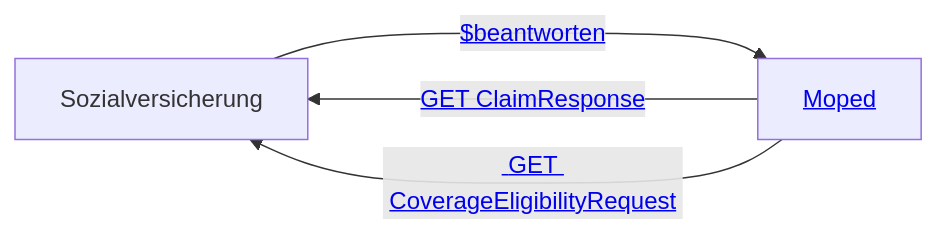
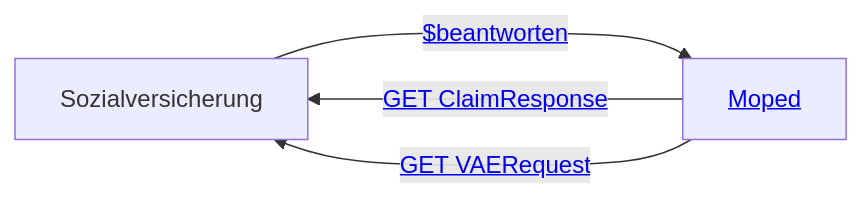
Before and after one commit to HL7Austria/ELGA-MOPED-R5: the third of 5 diagrams in input/pagecontent/actors.md, drawn with Mermaid. The commit also changed other lines of this file and 9 other files, not shown here.

```diff
--- a/input/pagecontent/actors.md
+++ b/input/pagecontent/actors.md
@@ -55,8 +55,8 @@
 <pre class="mermaid">
     graph LR
     SV[Sozialversicherung]
     Moped[<a href="#top">Moped</a>] 
     Moped --->|<a href="StructureDefinition-MopedLKFResponse.html"> GET ClaimResponse</a>| SV
-    Moped --->|<a href="StructureDefinition-MopedCoverageEligibilityRequest.html"> GET CoverageEligibilityRequest</a>| SV
-    SV --->|<a href="OperationDefinition-MOPED.CoverageEligibilityResponse.Beantworten.html"> $beantworten</a>| Moped
+    Moped --->|<a href="StructureDefinition-MopedVAERequest.html"> GET VAERequest</a>| SV
+    SV --->|<a href="OperationDefinition-MOPED.VAEResponse.Beantworten.html"> $beantworten</a>| Moped
 </pre>   
```
